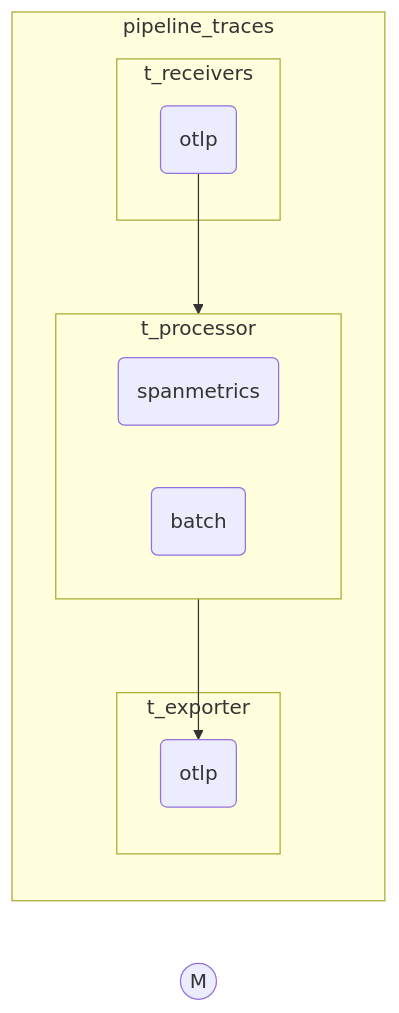
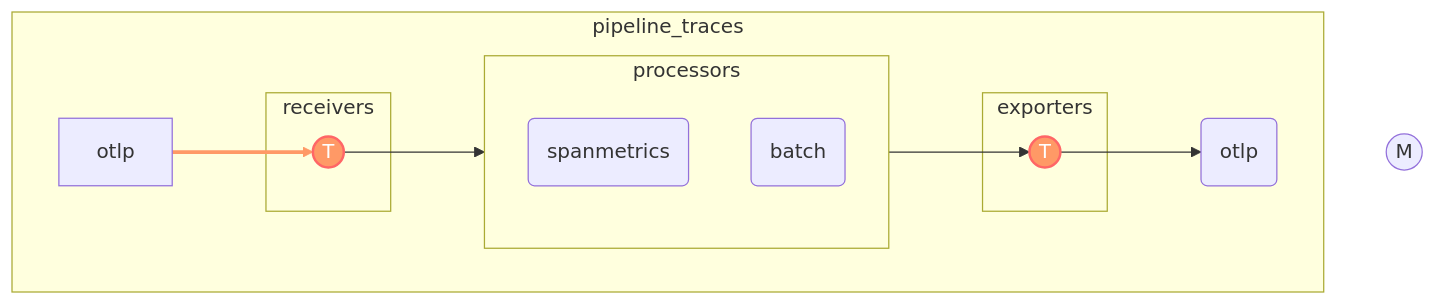
The diagram in docs/ideas/otelcol-mermaid.md (devrimdemiroz/devrimdemiroz.github.io), drawn with Mermaid before and after one commit.

Commit message:
edit button works

````diff
--- a/docs/ideas/otelcol-mermaid.md
+++ b/docs/ideas/otelcol-mermaid.md
@@ -19,21 +19,27 @@
 ```mermaid
-flowchart LR
+flowchart TD
+classDef tclass fill:#f96,stroke:#f66,stroke-width:2px,color:#fff
+
+te(otlp)
 subgraph pipeline_traces
-  subgraph t_receivers
-            tr(otlp)
+    direction LR
+    subgraph receivers
             
-        end
-    subgraph t_processor
+            T1((T)):::tclass
+            
+    end
+    subgraph processors
             tp1(spanmetrics)
             tp2(batch)
-        end
-        subgraph t_exporter
-            te(otlp)
+    end
+    subgraph exporters
+            T2((T)):::tclass
             
-        end
-        tr-->t_processor-->te
+            
     end
+        otlp-->T1-->processors-->T2-->te
+        linkStyle 0 stroke:#f96,stroke-width:3px,color:orange;
+end
 
-    
     metrics((M))
 ```
````
